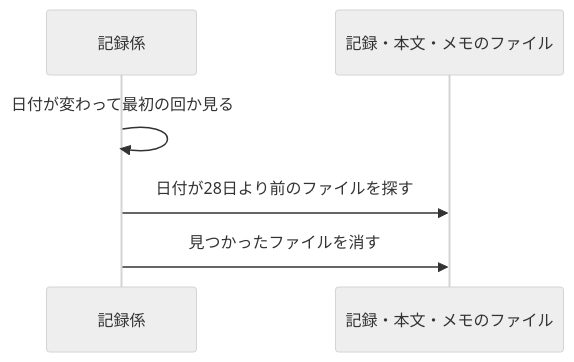
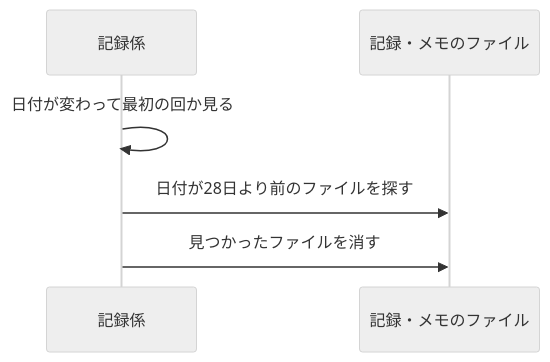
Before and after one commit to dnode-ryosuke-yamazaki/study: the fourth of 4 diagrams in apps/routine-work-finder/specs/activity-recording/design.md, drawn with Mermaid (neutral theme). The commit also changed other lines of this file and 9 other files, not shown here.

````diff
--- a/apps/routine-work-finder/specs/activity-recording/design.md
+++ b/apps/routine-work-finder/specs/activity-recording/design.md
@@ -198,8 +165,8 @@
 ```mermaid
 sequenceDiagram
     participant R as 記録係
-    participant D as 記録・本文・メモのファイル
+    participant D as 記録・メモのファイル
     R->>R: 日付が変わって最初の回か見る
     R->>D: 日付が28日より前のファイルを探す
     R->>D: 見つかったファイルを消す
 ```
````
